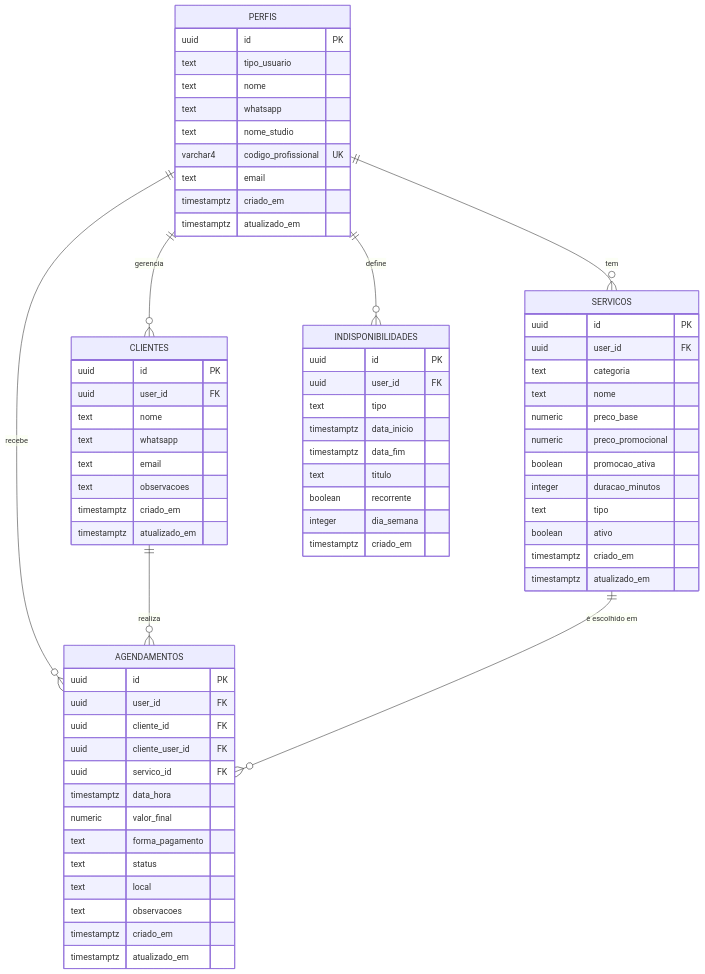
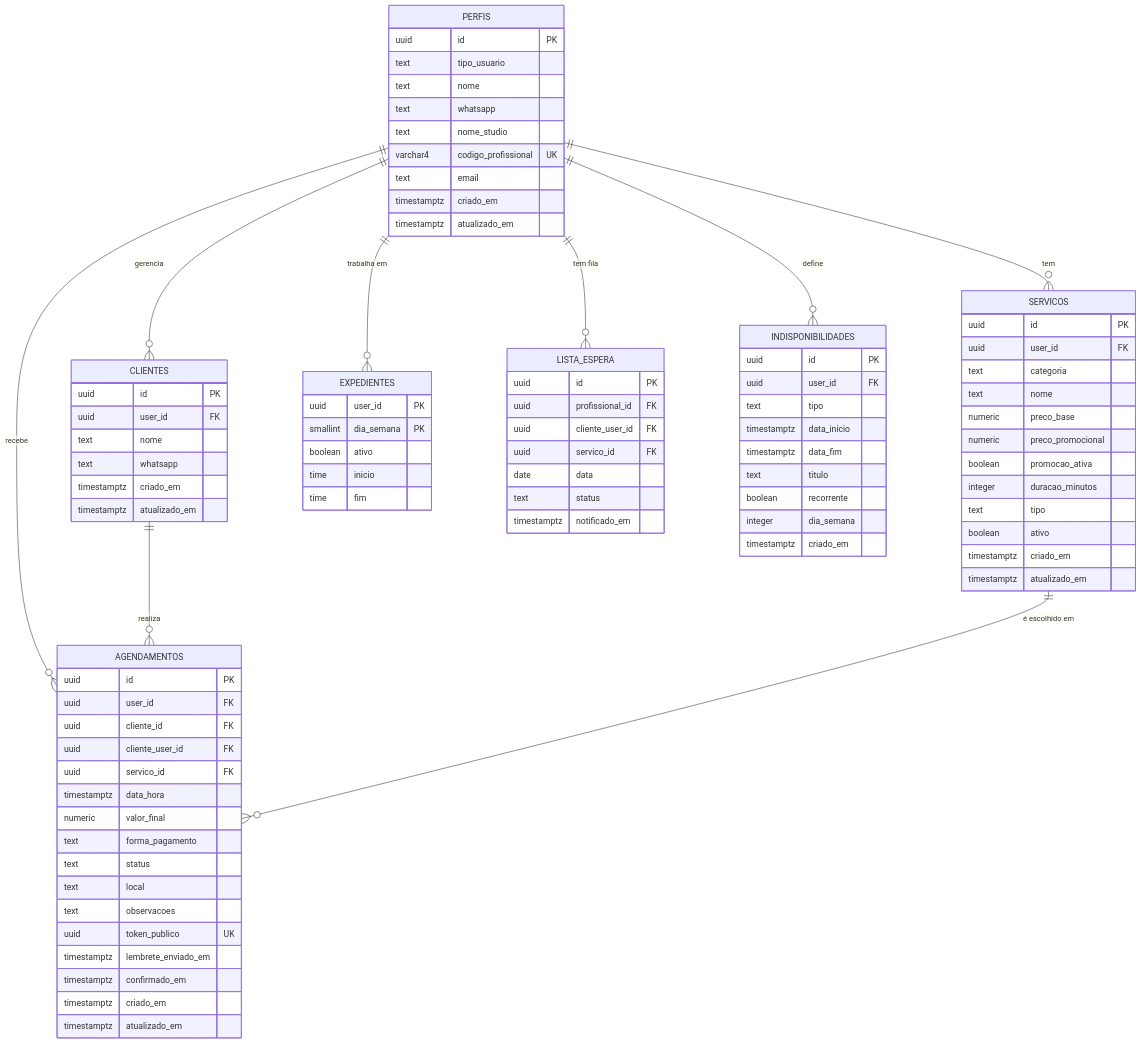
One commit to supp3rdan/studio-manager changed the fourth of 8 diagrams in ARCHITECTURE.md. Above: the diagram before and after it, drawn with Mermaid. The commit also changed other lines of this file and 27 other files, not shown here.

First line of the commit message:
Lembretes com confirmação, expediente, remarcação pela cliente e lista de espera (v0.13.0)

````diff
--- a/ARCHITECTURE.md
+++ b/ARCHITECTURE.md
@@ -167,8 +167,6 @@
         uuid user_id FK
         text nome
         text whatsapp
-        text email
-        text observacoes
         timestamptz criado_em
         timestamptz atualizado_em
     }
@@ -185,8 +183,29 @@
         text status
         text local
         text observacoes
+        uuid token_publico UK
+        timestamptz lembrete_enviado_em
+        timestamptz confirmado_em
         timestamptz criado_em
         timestamptz atualizado_em
+    }
+
+    EXPEDIENTES {
+        uuid user_id PK
+        smallint dia_semana PK
+        boolean ativo
+        time inicio
+        time fim
+    }
+
+    LISTA_ESPERA {
+        uuid id PK
+        uuid profissional_id FK
+        uuid cliente_user_id FK
+        uuid servico_id FK
+        date data
+        text status
+        timestamptz notificado_em
     }
 
     INDISPONIBILIDADES {
@@ -205,6 +224,8 @@
     PERFIS ||--o{ CLIENTES : "gerencia"
     PERFIS ||--o{ AGENDAMENTOS : "recebe"
     PERFIS ||--o{ INDISPONIBILIDADES : "define"
+    PERFIS ||--o{ EXPEDIENTES : "trabalha em"
+    PERFIS ||--o{ LISTA_ESPERA : "tem fila"
     CLIENTES ||--o{ AGENDAMENTOS : "realiza"
     SERVICOS ||--o{ AGENDAMENTOS : "é escolhido em"
 ```
````
